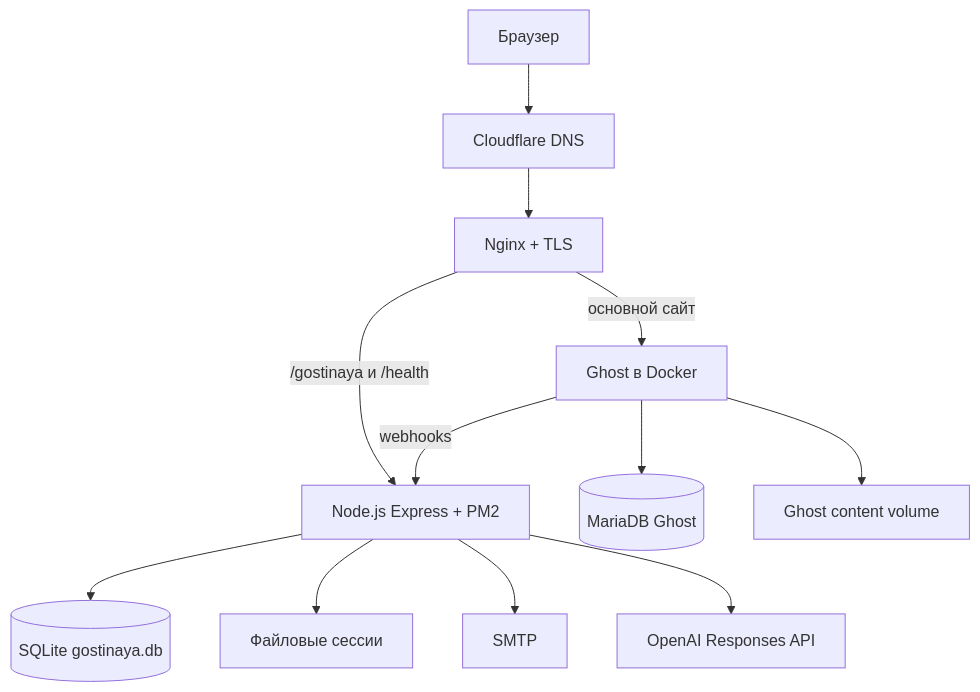
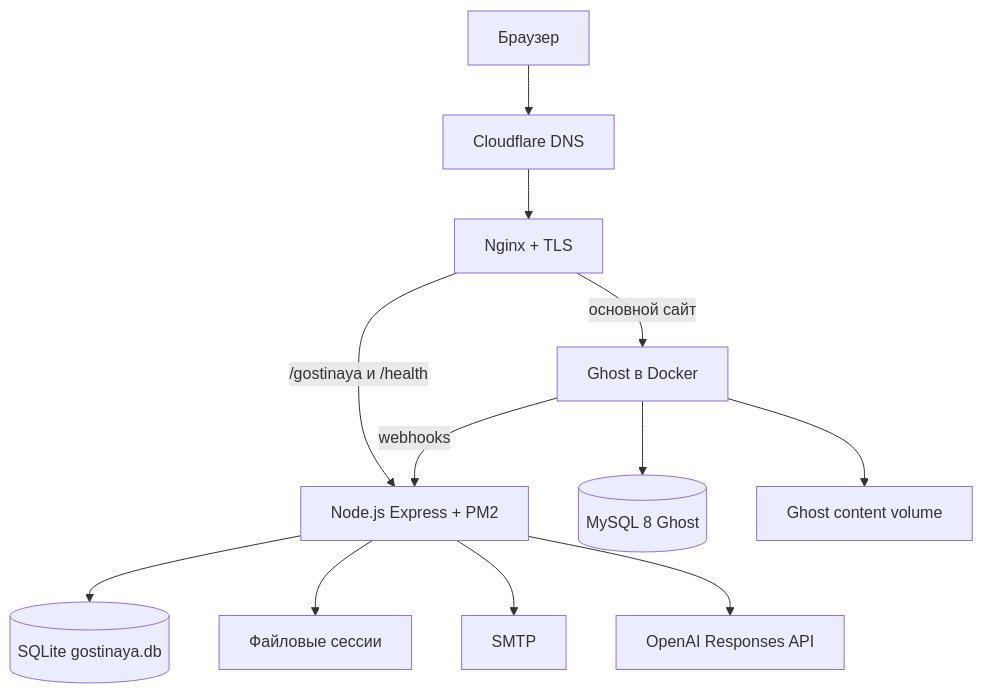
One commit to zero0661/gostinaya changed the diagram in docs/TECHNICAL-PASSPORT.md. Above: the diagram before and after it, drawn with Mermaid. The commit also changed other lines of this file, not shown here.

````diff
--- a/docs/TECHNICAL-PASSPORT.md
+++ b/docs/TECHNICAL-PASSPORT.md
@@ -88,14 +101,14 @@
 ```mermaid
 flowchart TD
     U[Браузер] --> C[Cloudflare DNS]
     C --> N[Nginx + TLS]
     N -->|основной сайт| G[Ghost в Docker]
     N -->|/gostinaya и /health| L[Node.js Express + PM2]
-    G --> M[(MariaDB Ghost)]
+    G --> M[(MySQL 8 Ghost)]
     G --> V[Ghost content volume]
     G -->|webhooks| L
     L --> S[(SQLite gostinaya.db)]
     L --> F[Файловые сессии]
     L --> P[SMTP]
     L --> O[OpenAI Responses API]
 ```
````
